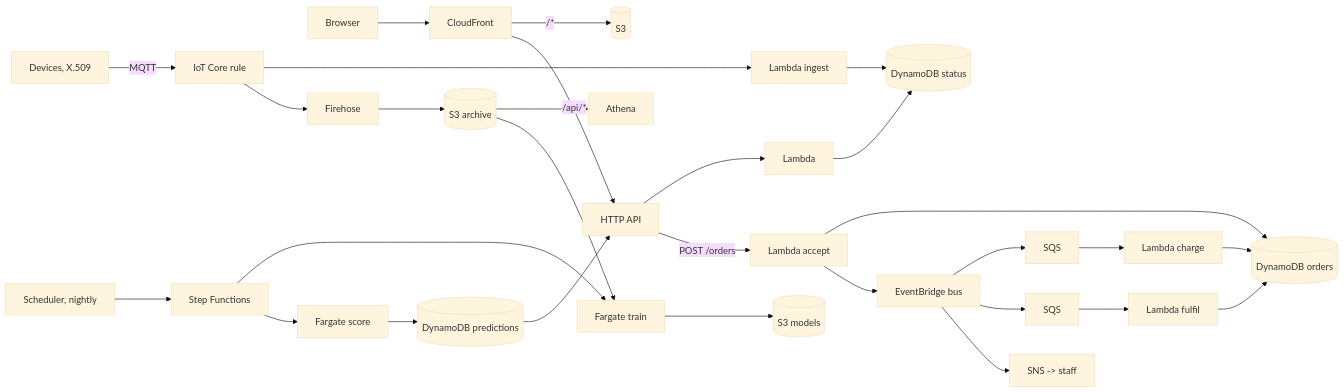
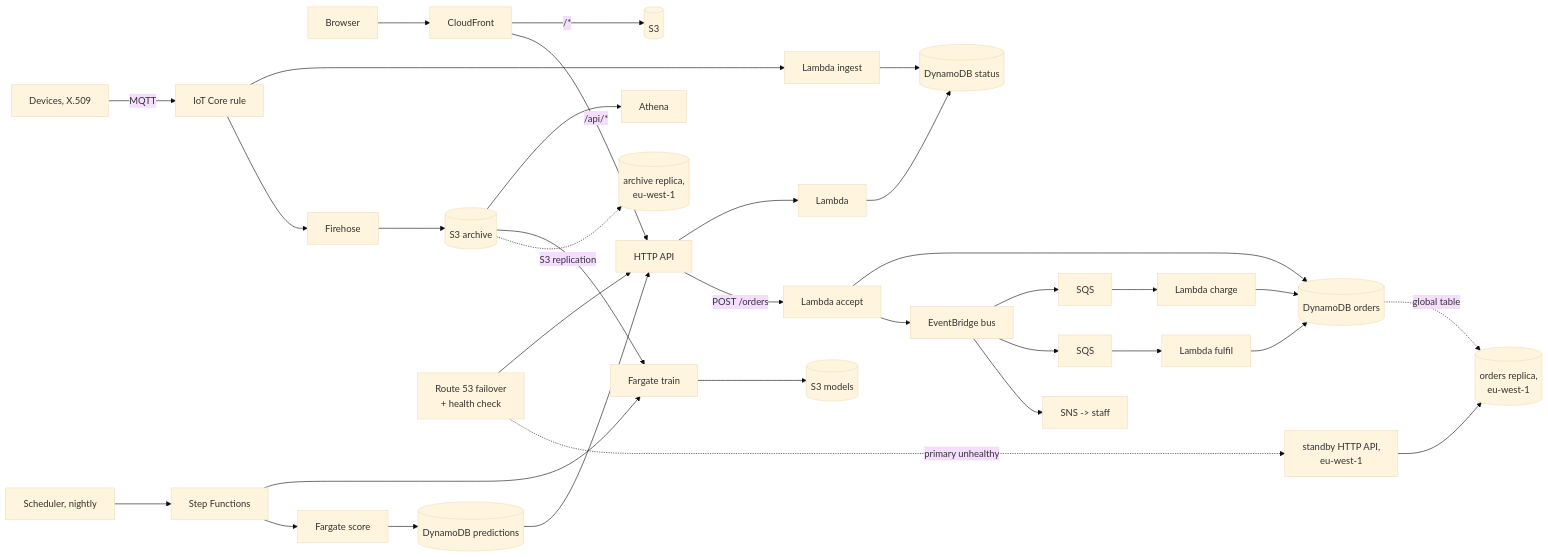
One commit to Mariam-zeqred/aws-architecture-by-example changed the diagram in README.md. Above: the diagram before and after it, drawn with Mermaid (base theme). The commit also changed other lines of this file and 3 other files, not shown here.

````diff
--- a/README.md
+++ b/README.md
@@ -5,15 +5,19 @@
 ```mermaid
 flowchart LR
     B[Browser] --> CF[CloudFront]
     CF -->|"/*"| S3[(S3)]
     CF -->|"/api/*"| API[HTTP API] --> L[Lambda] --> T[(DynamoDB status)]
     D[Devices, X.509] -->|MQTT| IOT[IoT Core rule] --> I[Lambda ingest] --> T
     IOT --> FH[Firehose] --> AR[(S3 archive)] --> AT[Athena]
     SCH[Scheduler, nightly] --> SF[Step Functions] --> TR[Fargate train] --> M[(S3 models)]
     AR --> TR
     SF --> SC[Fargate score] --> P[(DynamoDB predictions)] --> API
     API -->|POST /orders| AC[Lambda accept] --> O[(DynamoDB orders)]
     AC --> EB[EventBridge bus] --> Q1[SQS] --> CH[Lambda charge] --> O
     EB --> Q2[SQS] --> FU[Lambda fulfil] --> O
     EB --> SNS[SNS -> staff]
+    O -. global table .-> O2[(orders replica,<br/>eu-west-1)]
+    AR -. S3 replication .-> AR2[(archive replica,<br/>eu-west-1)]
+    R53[Route 53 failover<br/>+ health check] --> API
+    R53 -.->|primary unhealthy| API2[standby HTTP API,<br/>eu-west-1] --> O2
 ```
````
